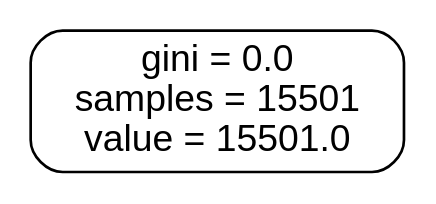
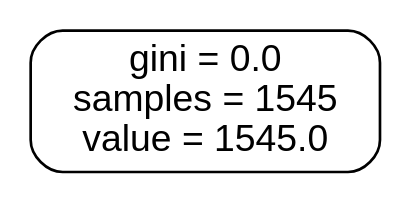
The diagram in Oracles/Oracle_0.3_40.dot (Steffanic/ML-Jet-BG-Subtraction), drawn with Graphviz before and after one commit. The commit also changed 43 other files, not shown here.

```diff
--- a/Oracles/Oracle_0.3_40.dot
+++ b/Oracles/Oracle_0.3_40.dot
@@ -1,5 +1,5 @@
 digraph Tree {
 node [shape=box, style="filled, rounded", color="black", fontname=helvetica] ;
 edge [fontname=helvetica] ;
-0 [label="gini = 0.0\nsamples = 15501\nvalue = 15501.0", fillcolor="#ffffff"] ;
+0 [label="gini = 0.0\nsamples = 1545\nvalue = 1545.0", fillcolor="#ffffff"] ;
 }
```
